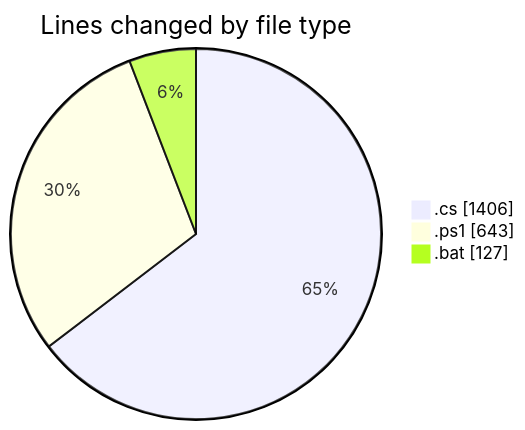
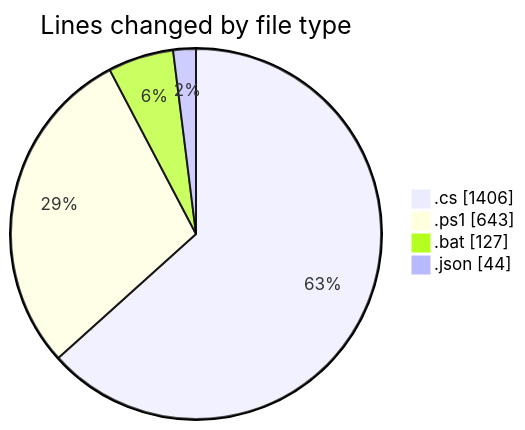
One commit to lephambinh05/code-tracking changed the first of 2 diagrams in 2025-07-28/quanlyrapchieuphim-2/README.md. Above: the diagram before and after it, drawn with Mermaid. The commit also changed other lines of this file and 1 other file, not shown here.

````diff
--- a/2025-07-28/quanlyrapchieuphim-2/README.md
+++ b/2025-07-28/quanlyrapchieuphim-2/README.md
@@ -29,7 +30,8 @@
 ```mermaid
 pie showData
 title Lines changed by file type
 ".cs" : 1406
 ".ps1" : 643
 ".bat" : 127
+".json" : 44
 ```
````
